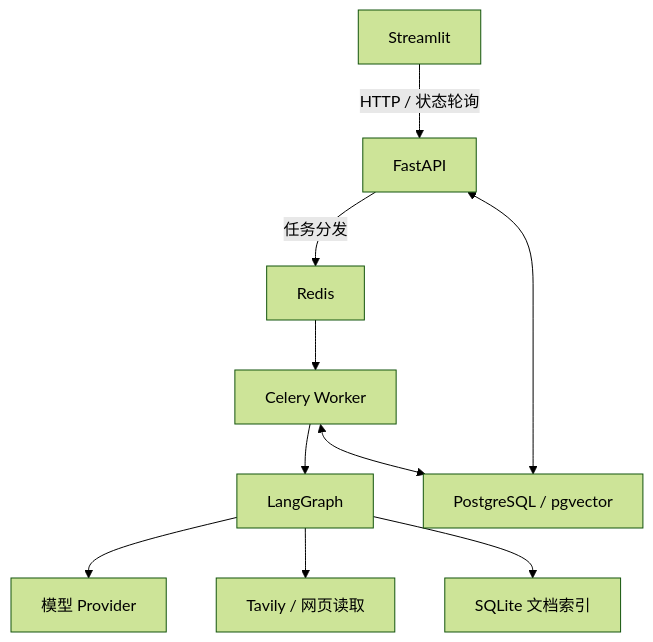
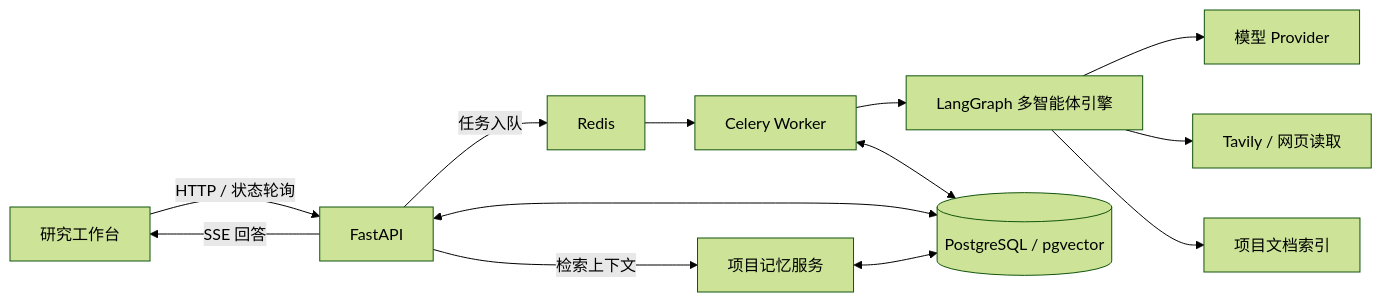
One commit to 5120211775/ResearchFlow-Agents changed the second of 2 diagrams in README.md. Above: the diagram before and after it, drawn with Mermaid (forest theme). The commit also changed other lines of this file, not shown here.

````diff
--- a/README.md
+++ b/README.md
@@ -22,12 +89,15 @@
 ```mermaid
-flowchart TD
-    UI[Streamlit] -->|HTTP / 状态轮询| API[FastAPI]
-    API -->|任务分发| Redis[Redis]
+flowchart LR
+    User[研究工作台] -->|HTTP / 状态轮询| API[FastAPI]
+    API -->|任务入队| Redis[Redis]
     Redis --> Worker[Celery Worker]
-    Worker --> Graph[LangGraph]
-    Graph --> Model[模型 Provider]
-    Graph --> Search[Tavily / 网页读取]
-    Graph --> Corpus[SQLite 文档索引]
-    API <--> DB[PostgreSQL / pgvector]
-    Worker <--> DB
+    Worker --> Engine[LangGraph 多智能体引擎]
+    Engine --> LLM[模型 Provider]
+    Engine --> Search[Tavily / 网页读取]
+    Engine --> Corpus[项目文档索引]
+    API <--> PG[(PostgreSQL / pgvector)]
+    Worker <--> PG
+    API -->|检索上下文| Memory[项目记忆服务]
+    Memory <--> PG
+    API -->|SSE 回答| User
 ```
````
